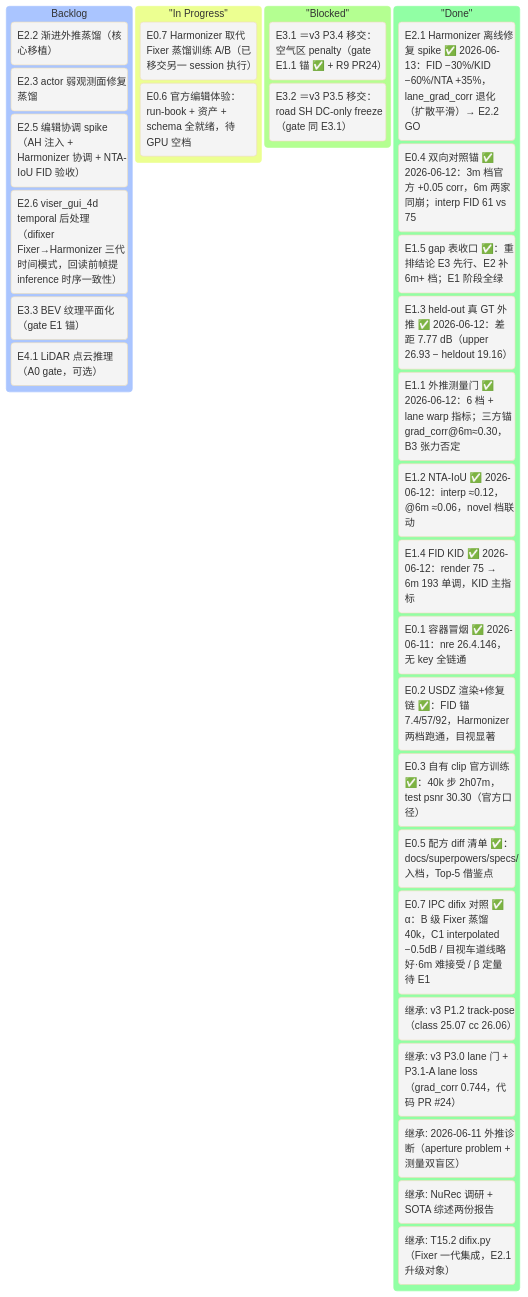
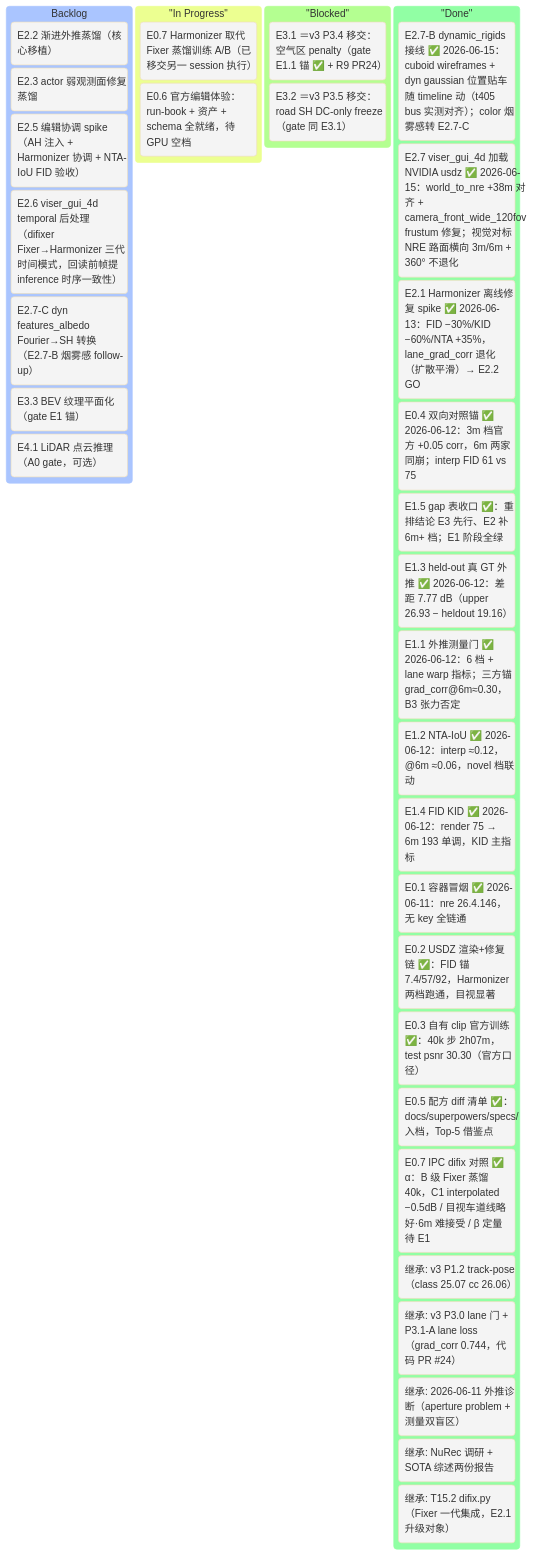
One commit to etendue/3dgrut changed the first of 2 diagrams in v4_plan.md. Above: the diagram before and after it, drawn with Mermaid. The commit also changed other lines of this file and 3 other files, not shown here.

First line of the commit message:
feat(E2.7+B): viser_gui_4d 加载 NVIDIA USDZ 视觉对标 + dynamic_rigids 接线 (#29)

````diff
--- a/v4_plan.md
+++ b/v4_plan.md
@@ -67,38 +67,41 @@
 ```mermaid
 %%{init: {'theme':'base'}}%%
 kanban
     Backlog
         [E2.2 渐进外推蒸馏（核心移植）]
         [E2.3 actor 弱观测面修复蒸馏]
         [E2.5 编辑协调 spike（AH 注入 + Harmonizer 协调 + NTA-IoU FID 验收）]
         [E2.6 viser_gui_4d temporal 后处理（difixer Fixer→Harmonizer 三代时间模式，回读前帧提 inference 时序一致性）]
+        [E2.7-C dyn features_albedo Fourier→SH 转换（E2.7-B 烟雾感 follow-up）]
         [E3.3 BEV 纹理平面化（gate E1 锚）]
         [E4.1 LiDAR 点云推理（A0 gate，可选）]
 
     "In Progress"
         [E0.7 Harmonizer 取代 Fixer 蒸馏训练 A/B（已移交另一 session 执行）]
         [E0.6 官方编辑体验：run-book + 资产 + schema 全就绪，待 GPU 空档]
 
     "Blocked"
         [E3.1 ＝v3 P3.4 移交：空气区 penalty（gate E1.1 锚 ✅ + R9 PR24）]
         [E3.2 ＝v3 P3.5 移交：road SH DC-only freeze（gate 同 E3.1）]
 
     "Done"
+        [E2.7-B dynamic_rigids 接线 ✅ 2026-06-15：cuboid wireframes + dyn gaussian 位置贴车随 timeline 动（t405 bus 实测对齐）；color 烟雾感转 E2.7-C]
+        [E2.7 viser_gui_4d 加载 NVIDIA usdz ✅ 2026-06-15：world_to_nre +38m 对齐 + camera_front_wide_120fov frustum 修复；视觉对标 NRE 路面横向 3m/6m + 360° 不退化]
         [E2.1 Harmonizer 离线修复 spike ✅ 2026-06-13：FID −30%/KID −60%/NTA +35%，lane_grad_corr 退化（扩散平滑）→ E2.2 GO]
         [E0.4 双向对照锚 ✅ 2026-06-12：3m 档官方 +0.05 corr，6m 两家同崩；interp FID 61 vs 75]
         [E1.5 gap 表收口 ✅：重排结论 E3 先行、E2 补 6m+ 档；E1 阶段全绿]
         [E1.3 held-out 真 GT 外推 ✅ 2026-06-12：差距 7.77 dB（upper 26.93 − heldout 19.16）]
         [E1.1 外推测量门 ✅ 2026-06-12：6 档 + lane warp 指标；三方锚 grad_corr@6m≈0.30，B3 张力否定]
         [E1.2 NTA-IoU ✅ 2026-06-12：interp ≈0.12，@6m ≈0.06，novel 档联动]
         [E1.4 FID KID ✅ 2026-06-12：render 75 → 6m 193 单调，KID 主指标]
         [E0.1 容器冒烟 ✅ 2026-06-11：nre 26.4.146，无 key 全链通]
         [E0.2 USDZ 渲染+修复链 ✅：FID 锚 7.4/57/92，Harmonizer 两档跑通，目视显著]
         [E0.3 自有 clip 官方训练 ✅：40k 步 2h07m，test psnr 30.30（官方口径）]
         [E0.5 配方 diff 清单 ✅：docs/superpowers/specs/ 入档，Top-5 借鉴点]
         [E0.7 IPC difix 对照 ✅ α：B 级 Fixer 蒸馏 40k，C1 interpolated −0.5dB / 目视车道线略好·6m 难接受 / β 定量待 E1]
         [继承: v3 P1.2 track-pose（class 25.07 cc 26.06）]
         [继承: v3 P3.0 lane 门 + P3.1-A lane loss（grad_corr 0.744，代码 PR #24）]
         [继承: 2026-06-11 外推诊断（aperture problem + 测量双盲区）]
         [继承: NuRec 调研 + SOTA 综述两份报告]
         [继承: T15.2 difix.py（Fixer 一代集成，E2.1 升级对象）]
 ```
````
